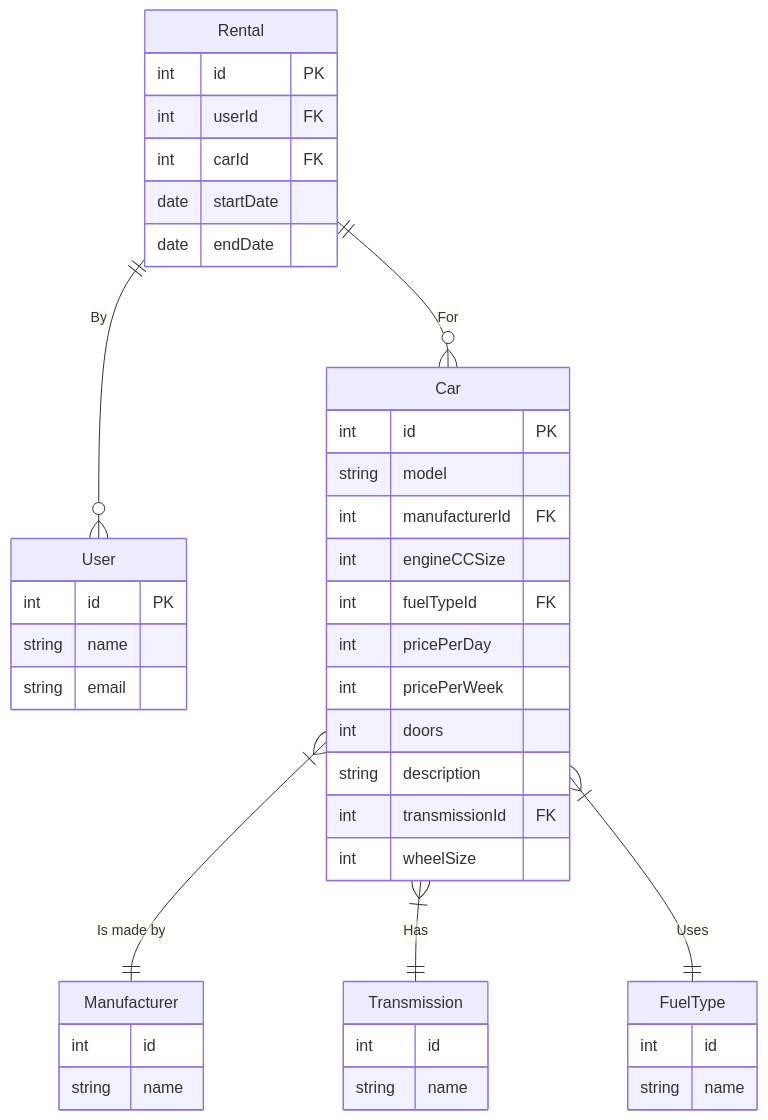
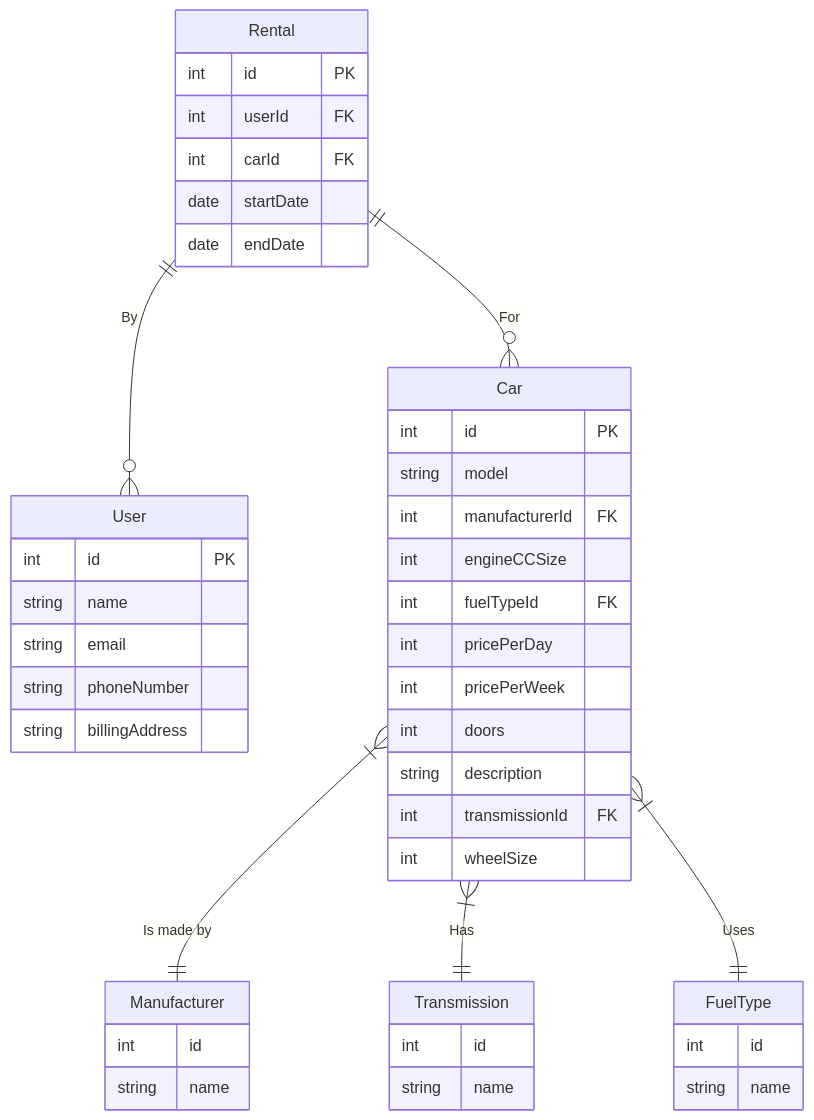
Before and after one commit to thor2304/HapticEngines: the diagram in uml_diagram.md, drawn with Mermaid.

Commit message:
Added phoneNumber and billingAdress

````diff
--- a/uml_diagram.md
+++ b/uml_diagram.md
@@ -1,49 +1,51 @@
 ```mermaid
 erDiagram
     User {
         int id PK
         string name
         string email
+        string phoneNumber
+        string billingAddress
     }
     Rental {
         int id PK
         int userId FK
         int carId FK
         date startDate
         date endDate
     }
     Car {
         int id PK
         string model
         int manufacturerId FK
         int engineCCSize
         int fuelTypeId FK
         int pricePerDay
         int pricePerWeek
         int doors
         string description
         int transmissionId FK
         int wheelSize
     }
     Manufacturer {
         int id
         string name
     }
     Transmission {
         int id
         string name
     }
     FuelType {
         int id
         string name
     }
     
     Rental ||--o{ User : By
     Rental ||--o{ Car : For
     Car }|--|| Manufacturer : "Is made by"
     Car }|--|| Transmission : "Has"
     Car }|--|| FuelType : "Uses"
 
 %%    CUSTOMER ||--o{ ORDER : places
     
 ```
````
